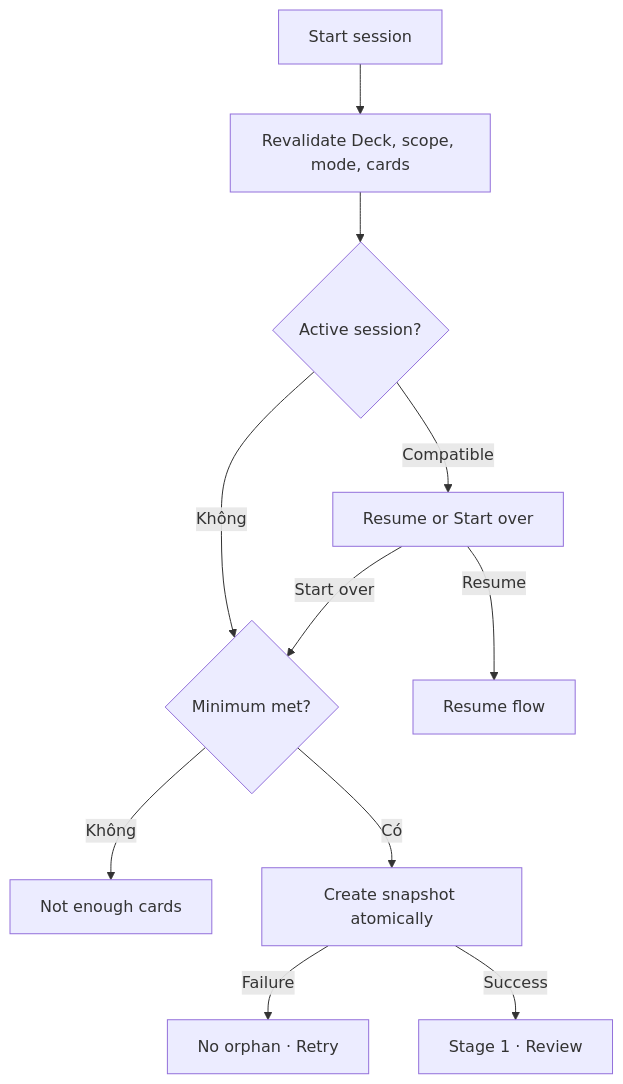
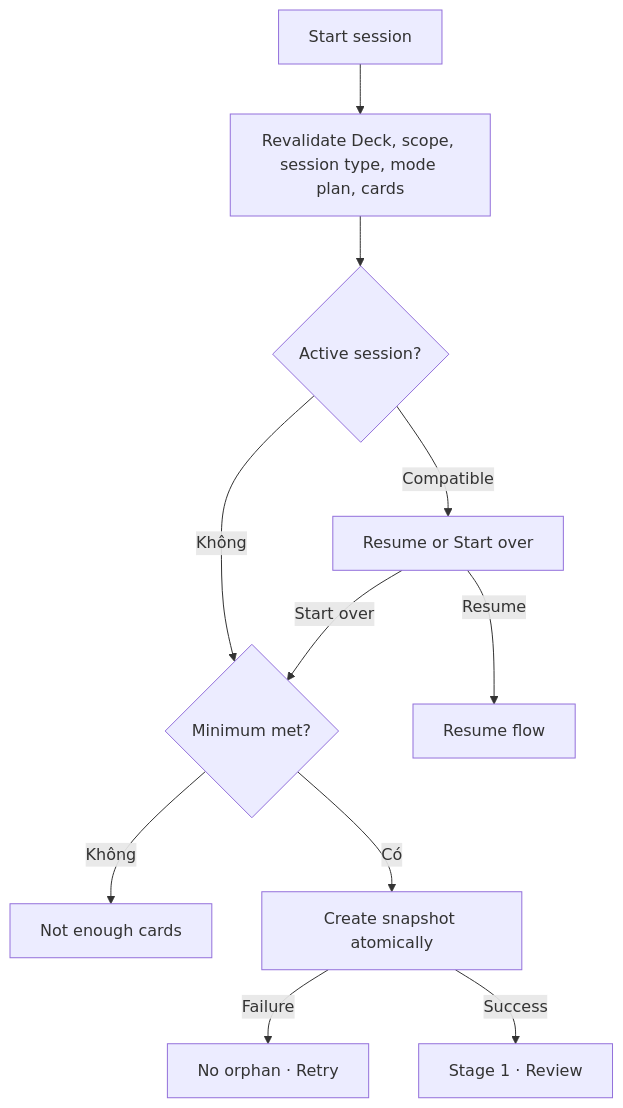
One commit to ntgptit/memox-v6 changed the diagram in docs/business/study-session/start-study-session.md. Above: the diagram before and after it, drawn with Mermaid. The commit also changed other lines of this file and 124 other files, not shown here.

````diff
--- a/docs/business/study-session/start-study-session.md
+++ b/docs/business/study-session/start-study-session.md
@@ -26,13 +27,13 @@
 ```mermaid
 flowchart TD
-    A["Start session"] --> B["Revalidate Deck, scope, mode, cards"]
+    A["Start session"] --> B["Revalidate Deck, scope, session type, mode plan, cards"]
     B --> C{"Active session?"}
     C -- "Compatible" --> D["Resume or Start over"]
     C -- "Không" --> E{"Minimum met?"}
     D -- "Resume" --> F["Resume flow"]
     D -- "Start over" --> E
     E -- "Không" --> G["Not enough cards"]
     E -- "Có" --> H["Create snapshot atomically"]
     H -- "Failure" --> I["No orphan · Retry"]
     H -- "Success" --> J["Stage 1 · Review"]
 ```
````
